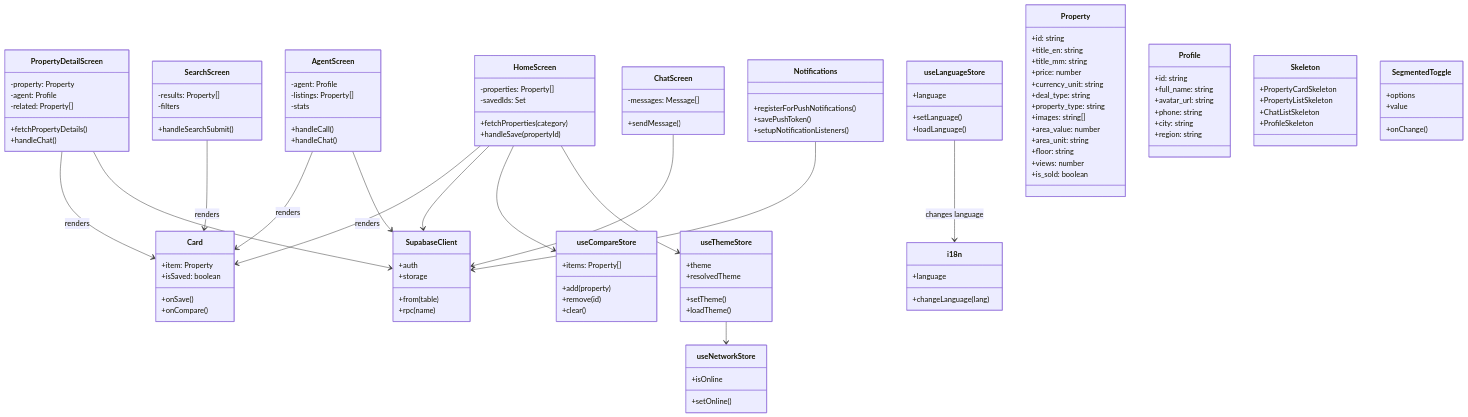
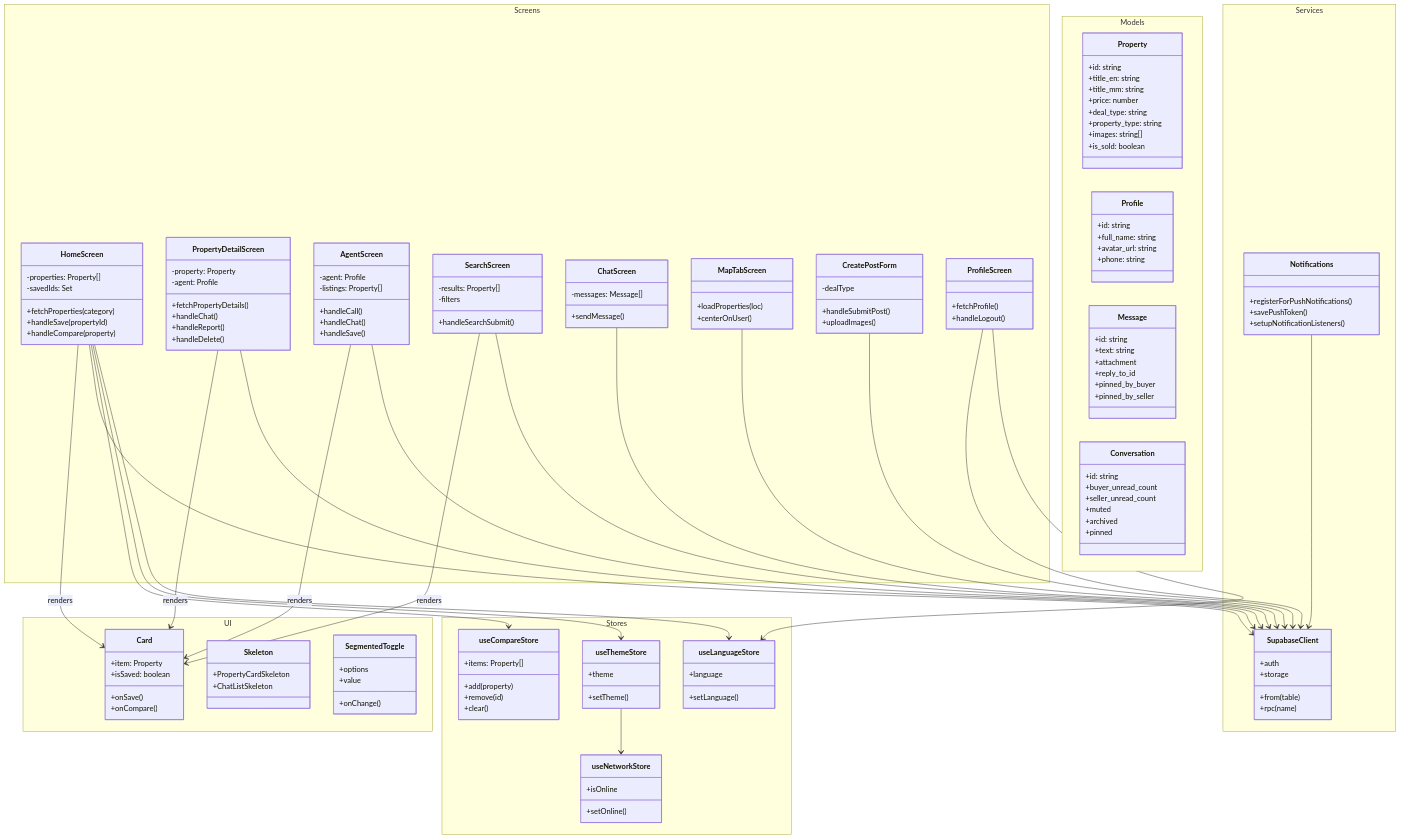
One commit to phyothant-dev/nestfinder changed the diagram in docs/diagrams/class.mmd. Above: the diagram before and after it, drawn with Mermaid. The commit also changed 14 other files, not shown here.

Commit message:
Redraw diagrams in loc-jobs style with per-flow sequence diagrams and end states

```diff
--- a/docs/diagrams/class.mmd
+++ b/docs/diagrams/class.mmd
@@ -1,140 +1,158 @@
 classDiagram
     direction TB
 
-    class HomeScreen {
-        -properties: Property[]
-        -savedIds: Set
-        +fetchProperties(category)
-        +handleSave(propertyId)
+    namespace Screens {
+        class HomeScreen {
+            -properties: Property[]
+            -savedIds: Set
+            +fetchProperties(category)
+            +handleSave(propertyId)
+            +handleCompare(property)
+        }
+        class PropertyDetailScreen {
+            -property: Property
+            -agent: Profile
+            +fetchPropertyDetails()
+            +handleChat()
+            +handleReport()
+            +handleDelete()
+        }
+        class AgentScreen {
+            -agent: Profile
+            -listings: Property[]
+            +handleCall()
+            +handleChat()
+            +handleSave()
+        }
+        class SearchScreen {
+            -results: Property[]
+            -filters
+            +handleSearchSubmit()
+        }
+        class ChatScreen {
+            -messages: Message[]
+            +sendMessage()
+        }
+        class MapTabScreen {
+            +loadProperties(loc)
+            +centerOnUser()
+        }
+        class CreatePostForm {
+            -dealType
+            +handleSubmitPost()
+            +uploadImages()
+        }
+        class ProfileScreen {
+            +fetchProfile()
+            +handleLogout()
+        }
     }
 
-    class PropertyDetailScreen {
-        -property: Property
-        -agent: Profile
-        -related: Property[]
-        +fetchPropertyDetails()
-        +handleChat()
+    namespace Stores {
+        class useThemeStore {
+            +theme
+            +setTheme()
+        }
+        class useLanguageStore {
+            +language
+            +setLanguage()
+        }
+        class useCompareStore {
+            +items: Property[]
+            +add(property)
+            +remove(id)
+            +clear()
+        }
+        class useNetworkStore {
+            +isOnline
+            +setOnline()
+        }
     }
 
-    class AgentScreen {
-        -agent: Profile
-        -listings: Property[]
-        -stats
-        +handleCall()
-        +handleChat()
+    namespace Services {
+        class SupabaseClient {
+            +auth
+            +from(table)
+            +storage
+            +rpc(name)
+        }
+        class Notifications {
+            +registerForPushNotifications()
+            +savePushToken()
+            +setupNotificationListeners()
+        }
     }
 
-    class SearchScreen {
-        -results: Property[]
-        -filters
-        +handleSearchSubmit()
+    namespace Models {
+        class Property {
+            +id: string
+            +title_en: string
+            +title_mm: string
+            +price: number
+            +deal_type: string
+            +property_type: string
+            +images: string[]
+            +is_sold: boolean
+        }
+        class Profile {
+            +id: string
+            +full_name: string
+            +avatar_url: string
+            +phone: string
+        }
+        class Message {
+            +id: string
+            +text: string
+            +attachment
+            +reply_to_id
+            +pinned_by_buyer
+            +pinned_by_seller
+        }
+        class Conversation {
+            +id: string
+            +buyer_unread_count
+            +seller_unread_count
+            +muted
+            +archived
+            +pinned
+        }
     }
 
-    class ChatScreen {
-        -messages: Message[]
-        +sendMessage()
-    }
-
-    class Card {
-        +item: Property
-        +isSaved: boolean
-        +onSave()
-        +onCompare()
-    }
-
-    class SupabaseClient {
-        +auth
-        +from(table)
-        +storage
-        +rpc(name)
-    }
-
-    class Notifications {
-        +registerForPushNotifications()
-        +savePushToken()
-        +setupNotificationListeners()
-    }
-
-    class useCompareStore {
-        +items: Property[]
-        +add(property)
-        +remove(id)
-        +clear()
-    }
-
-    class useThemeStore {
-        +theme
-        +resolvedTheme
-        +setTheme()
-        +loadTheme()
-    }
-
-    class useNetworkStore {
-        +isOnline
-        +setOnline()
-    }
-
-    class useLanguageStore {
-        +language
-        +setLanguage()
-        +loadLanguage()
-    }
-
-    class i18n {
-        +language
-        +changeLanguage(lang)
-    }
-
-    class Property {
-        +id: string
-        +title_en: string
-        +title_mm: string
-        +price: number
-        +currency_unit: string
-        +deal_type: string
-        +property_type: string
-        +images: string[]
-        +area_value: number
-        +area_unit: string
-        +floor: string
-        +views: number
-        +is_sold: boolean
-    }
-
-    class Profile {
-        +id: string
-        +full_name: string
-        +avatar_url: string
-        +phone: string
-        +city: string
-        +region: string
-    }
-
-    class Skeleton {
-        +PropertyCardSkeleton
-        +PropertyListSkeleton
-        +ChatListSkeleton
-        +ProfileSkeleton
-    }
-
-    class SegmentedToggle {
-        +options
-        +value
-        +onChange()
+    namespace UI {
+        class Card {
+            +item: Property
+            +isSaved: boolean
+            +onSave()
+            +onCompare()
+        }
+        class Skeleton {
+            +PropertyCardSkeleton
+            +ChatListSkeleton
+        }
+        class SegmentedToggle {
+            +options
+            +value
+            +onChange()
+        }
     }
 
     HomeScreen --> Card : renders
     PropertyDetailScreen --> Card : renders
     AgentScreen --> Card : renders
     SearchScreen --> Card : renders
 
     HomeScreen --> SupabaseClient
     PropertyDetailScreen --> SupabaseClient
     AgentScreen --> SupabaseClient
+    SearchScreen --> SupabaseClient
     ChatScreen --> SupabaseClient
+    MapTabScreen --> SupabaseClient
+    CreatePostForm --> SupabaseClient
+    ProfileScreen --> SupabaseClient
     Notifications --> SupabaseClient
 
     HomeScreen --> useCompareStore
     HomeScreen --> useThemeStore
+    HomeScreen --> useLanguageStore
     useThemeStore --> useNetworkStore
-    useLanguageStore --> i18n : changes language
+    ProfileScreen --> useLanguageStore
```
